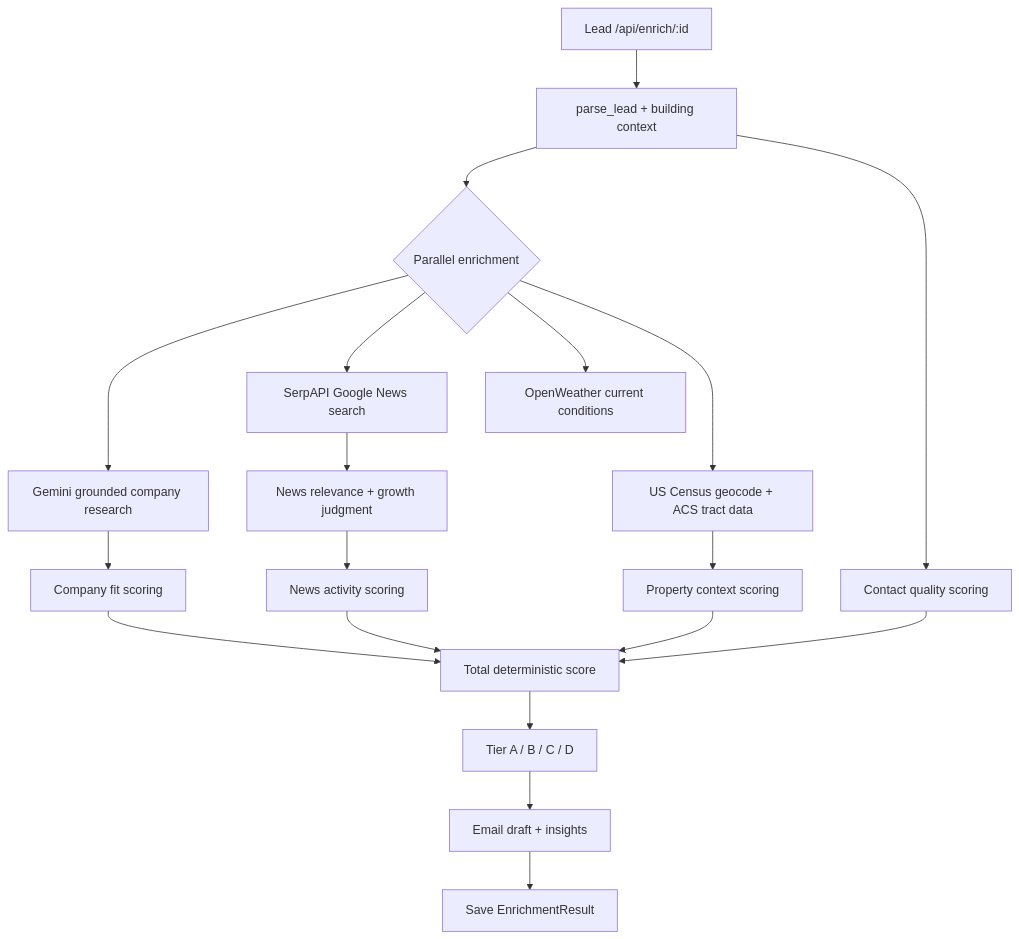
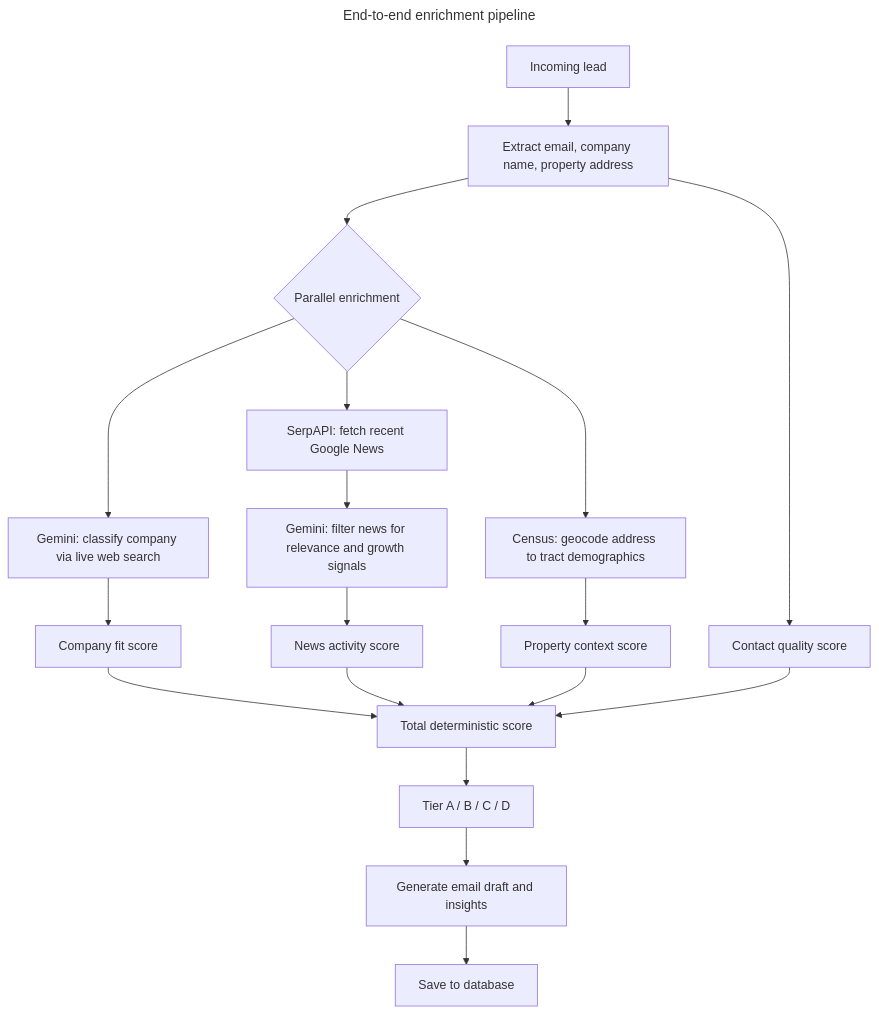
The first of 6 diagrams in README.md (Kohralle/Property-Management-Lead-Enricher), drawn with Mermaid before and after one commit. The commit also changed other lines of this file and 1 other file, not shown here.

First line of the commit message:
Improve diagram labels and tailor email pitch by company profile

````diff
--- a/README.md
+++ b/README.md
@@ -15,21 +15,23 @@
 ```mermaid
+---
+title: End-to-end enrichment pipeline
+---
 flowchart TD
-    A[Lead /api/enrich/:id] --> B[parse_lead + building context]
+    A[Incoming lead] --> B[Extract email, company name, property address]
     B --> C{Parallel enrichment}
-    C --> D[Gemini grounded company research]
-    C --> E[SerpAPI Google News search]
-    C --> F[OpenWeather current conditions]
-    C --> G[US Census geocode + ACS tract data]
-    E --> H[News relevance + growth judgment]
-    D --> I[Company fit scoring]
-    H --> J[News activity scoring]
-    B --> K[Contact quality scoring]
-    G --> L[Property context scoring]
+    C --> D[Gemini: classify company via live web search]
+    C --> E[SerpAPI: fetch recent Google News]
+    C --> G[Census: geocode address to tract demographics]
+    E --> H[Gemini: filter news for relevance and growth signals]
+    D --> I[Company fit score]
+    H --> J[News activity score]
+    B --> K[Contact quality score]
+    G --> L[Property context score]
     I --> M[Total deterministic score]
     J --> M
     K --> M
     L --> M
     M --> N[Tier A / B / C / D]
-    N --> O[Email draft + insights]
-    O --> P[Save EnrichmentResult]
+    N --> O[Generate email draft and insights]
+    O --> P[Save to database]
 ```
````
